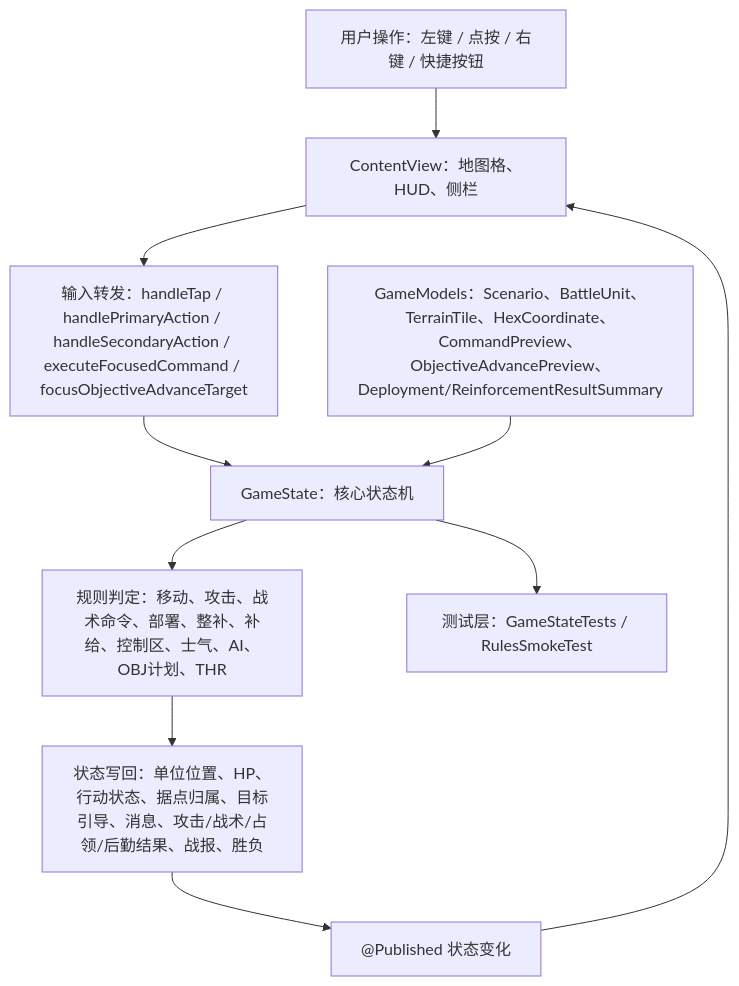
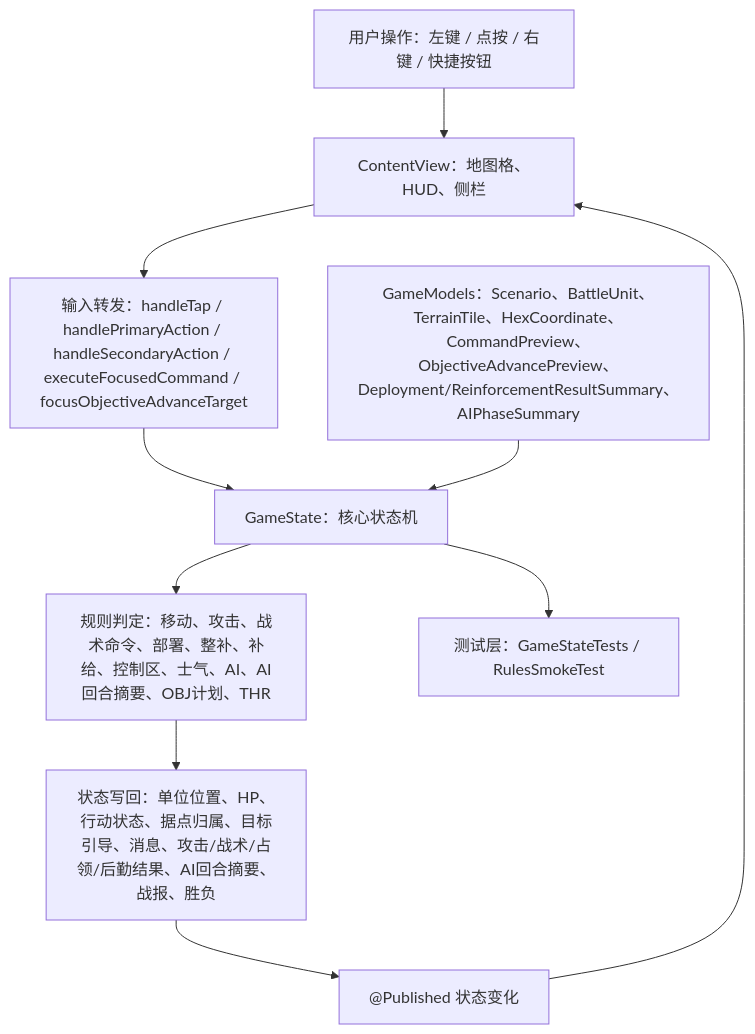
The first of 5 diagrams in md/flow/flowchart.md (Altman-sam114/116), drawn with Mermaid before and after one commit. The commit also changed other lines of this file and 10 other files, not shown here.

````diff
--- a/md/flow/flowchart.md
+++ b/md/flow/flowchart.md
@@ -9,12 +9,12 @@
 ```mermaid
 flowchart TD
   U["用户操作：左键 / 点按 / 右键 / 快捷按钮"] --> V["ContentView：地图格、HUD、侧栏"]
   V --> I["输入转发：handleTap / handlePrimaryAction / handleSecondaryAction / executeFocusedCommand / focusObjectiveAdvanceTarget"]
   I --> S["GameState：核心状态机"]
-  M["GameModels：Scenario、BattleUnit、TerrainTile、HexCoordinate、CommandPreview、ObjectiveAdvancePreview、Deployment/ReinforcementResultSummary"] --> S
-  S --> R["规则判定：移动、攻击、战术命令、部署、整补、补给、控制区、士气、AI、OBJ计划、THR"]
-  R --> W["状态写回：单位位置、HP、行动状态、据点归属、目标引导、消息、攻击/战术/占领/后勤结果、战报、胜负"]
+  M["GameModels：Scenario、BattleUnit、TerrainTile、HexCoordinate、CommandPreview、ObjectiveAdvancePreview、Deployment/ReinforcementResultSummary、AIPhaseSummary"] --> S
+  S --> R["规则判定：移动、攻击、战术命令、部署、整补、补给、控制区、士气、AI、AI回合摘要、OBJ计划、THR"]
+  R --> W["状态写回：单位位置、HP、行动状态、据点归属、目标引导、消息、攻击/战术/占领/后勤结果、AI回合摘要、战报、胜负"]
   W --> P["@Published 状态变化"]
   P --> V
   S --> T["测试层：GameStateTests / RulesSmokeTest"]
 ```
````
